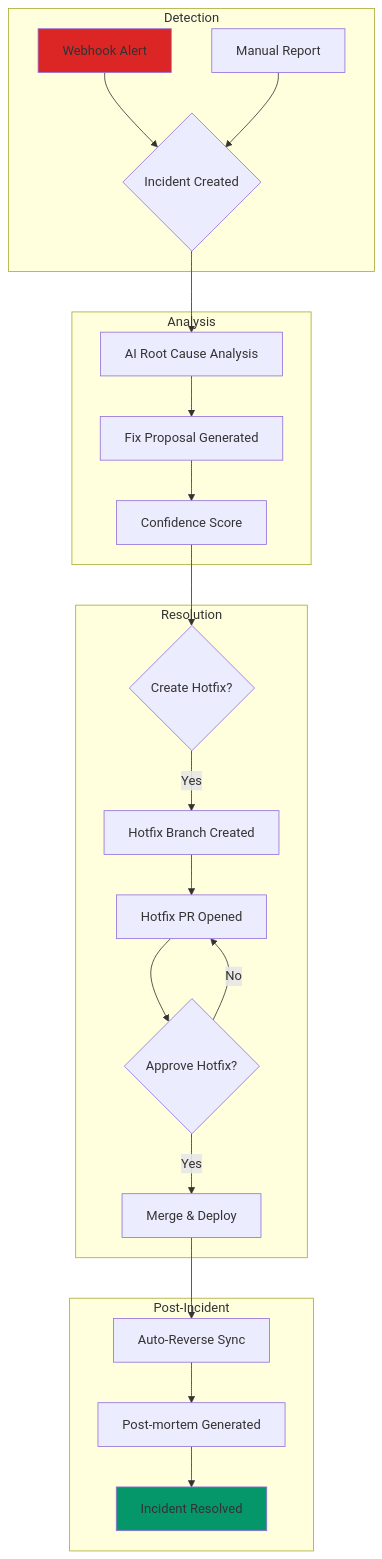
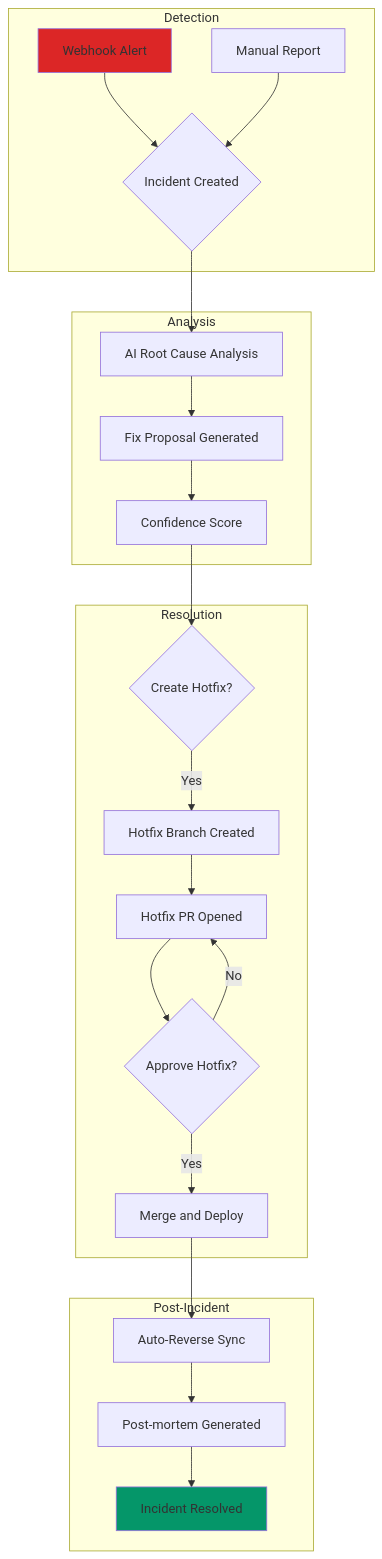
The seventh of 18 diagrams in SHIPBRAIN_PRD_FINAL.md (JeevantheDev/ShipBrain), drawn with Mermaid before and after one commit. The commit also changed other lines of this file, not shown here.

First line of the commit message:
Fix mermaid syntax errors in PRD diagrams

````diff
--- a/SHIPBRAIN_PRD_FINAL.md
+++ b/SHIPBRAIN_PRD_FINAL.md
@@ -307,31 +307,31 @@
 ```mermaid
 flowchart TB
     subgraph "Detection"
         A[Webhook Alert] --> C{Incident Created}
         B[Manual Report] --> C
     end
 
     subgraph "Analysis"
         C --> D[AI Root Cause Analysis]
         D --> E[Fix Proposal Generated]
         E --> F[Confidence Score]
     end
 
     subgraph "Resolution"
         F --> G{Create Hotfix?}
         G -->|Yes| H[Hotfix Branch Created]
         H --> I[Hotfix PR Opened]
         I --> J{Approve Hotfix?}
-        J -->|Yes| K[Merge & Deploy]
+        J -->|Yes| K[Merge and Deploy]
         J -->|No| I
     end
 
     subgraph "Post-Incident"
         K --> L[Auto-Reverse Sync]
         L --> M[Post-mortem Generated]
         M --> N[Incident Resolved]
     end
 
     style A fill:#dc2626
     style N fill:#059669
 ```
````
